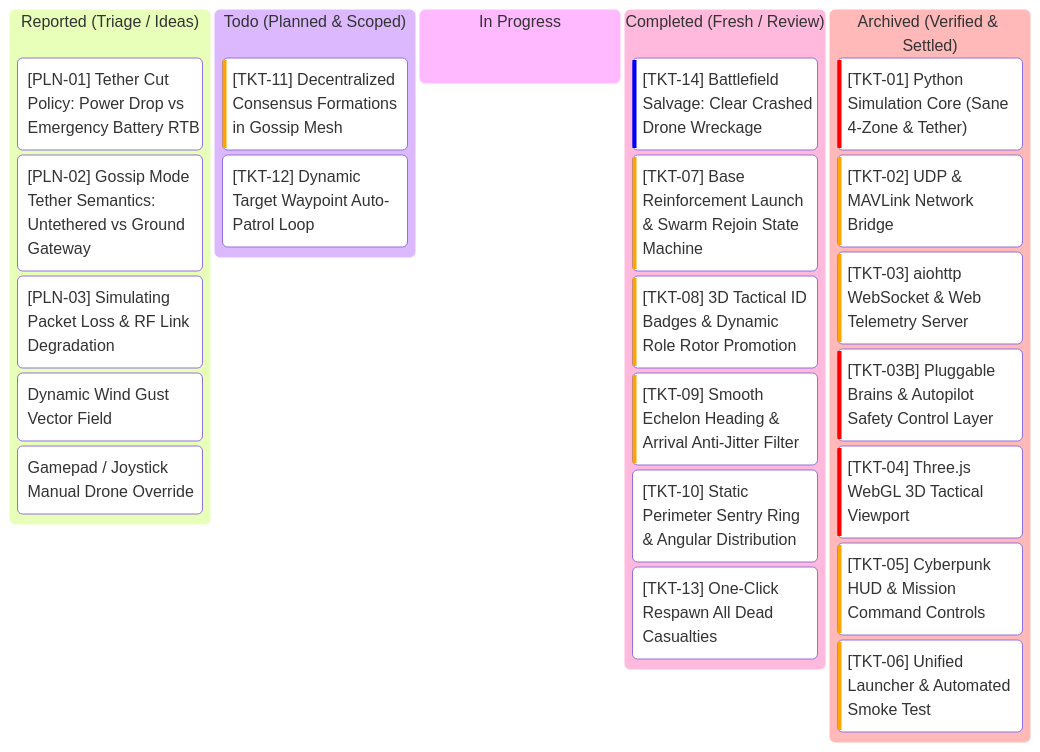
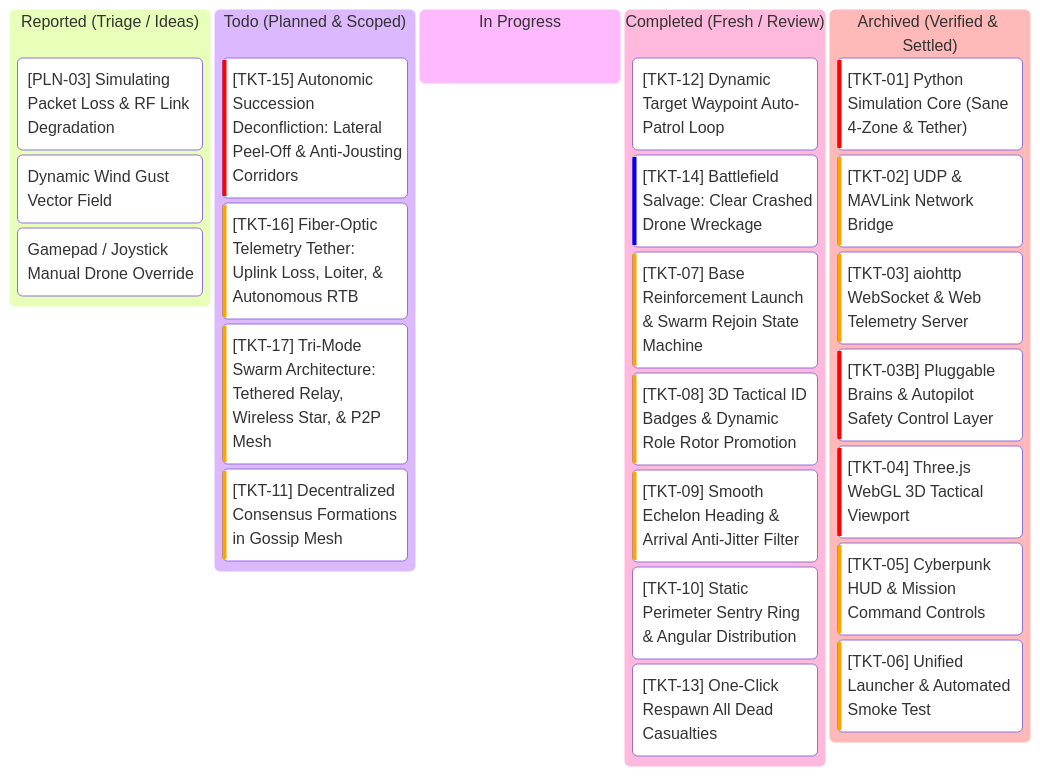
The diagram in kanban.md (AlitheiaDeus/SwarmTech_v3-Uprising), drawn with Mermaid before and after one commit. The commit also changed other lines of this file and 10 other files, not shown here.

Commit message:
feat: implement TKT-12 dynamic target waypoint auto-patrol loop

````diff
--- a/kanban.md
+++ b/kanban.md
@@ -7,28 +7,29 @@
 ```mermaid
 kanban
   reported["Reported (Triage / Ideas)"]
-    pln1["[PLN-01] Tether Cut Policy: Power Drop vs Emergency Battery RTB"]
-    pln2["[PLN-02] Gossip Mode Tether Semantics: Untethered vs Ground Gateway"]
     pln3["[PLN-03] Simulating Packet Loss & RF Link Degradation"]
     idea1["Dynamic Wind Gust Vector Field"]
     idea2["Gamepad / Joystick Manual Drone Override"]
   todo["Todo (Planned & Scoped)"]
+    tkt15["[TKT-15] Autonomic Succession Deconfliction: Lateral Peel-Off & Anti-Jousting Corridors"]@{ priority: 'Very High' }
+    tkt16["[TKT-16] Fiber-Optic Telemetry Tether: Uplink Loss, Loiter, & Autonomous RTB"]@{ priority: 'High' }
+    tkt17["[TKT-17] Tri-Mode Swarm Architecture: Tethered Relay, Wireless Star, & P2P Mesh"]@{ priority: 'High' }
     tkt11["[TKT-11] Decentralized Consensus Formations in Gossip Mesh"]@{ priority: 'High' }
-    tkt12["[TKT-12] Dynamic Target Waypoint Auto-Patrol Loop"]@{ priority: 'Medium' }
   in_progress["In Progress"]
   completed["Completed (Fresh / Review)"]
+    tkt12["[TKT-12] Dynamic Target Waypoint Auto-Patrol Loop"]@{ priority: 'Medium' }
     tkt14["[TKT-14] Battlefield Salvage: Clear Crashed Drone Wreckage"]@{ priority: 'Low' }
     tkt7["[TKT-07] Base Reinforcement Launch & Swarm Rejoin State Machine"]@{ priority: 'High' }
     tkt8["[TKT-08] 3D Tactical ID Badges & Dynamic Role Rotor Promotion"]@{ priority: 'High' }
     tkt9["[TKT-09] Smooth Echelon Heading & Arrival Anti-Jitter Filter"]@{ priority: 'High' }
     tkt10["[TKT-10] Static Perimeter Sentry Ring & Angular Distribution"]@{ priority: 'Medium' }
     tkt13["[TKT-13] One-Click Respawn All Dead Casualties"]@{ priority: 'Medium' }
   archived["Archived (Verified & Settled)"]
     tkt1["[TKT-01] Python Simulation Core (Sane 4-Zone & Tether)"]@{ priority: 'Very High' }
     tkt2["[TKT-02] UDP & MAVLink Network Bridge"]@{ priority: 'High' }
     tkt3["[TKT-03] aiohttp WebSocket & Web Telemetry Server"]@{ priority: 'High' }
     tkt3b["[TKT-03B] Pluggable Brains & Autopilot Safety Control Layer"]@{ priority: 'Very High' }
     tkt4["[TKT-04] Three.js WebGL 3D Tactical Viewport"]@{ priority: 'Very High' }
     tkt5["[TKT-05] Cyberpunk HUD & Mission Command Controls"]@{ priority: 'High' }
     tkt6["[TKT-06] Unified Launcher & Automated Smoke Test"]@{ priority: 'High' }
 ```
````
